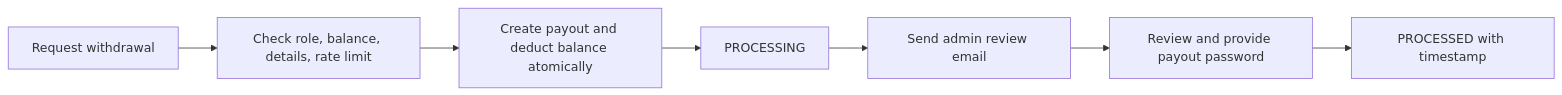
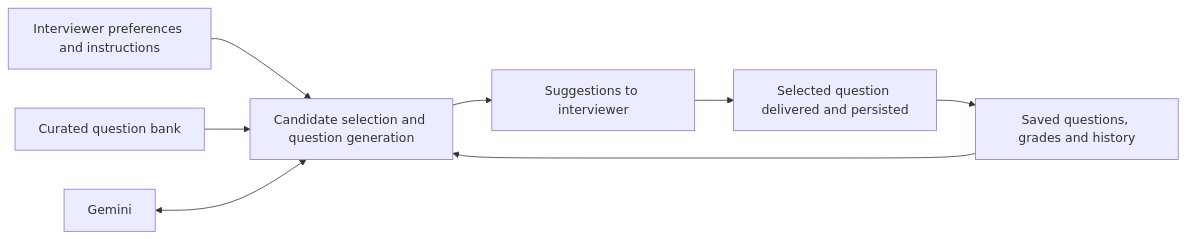
One commit to shaurya2425/AI_INTERVIEW_PLATFORM changed the second of 5 diagrams in README.md. Above: the diagram before and after it, drawn with Mermaid. The commit also changed other lines of this file, not shown here.

````diff
--- a/README.md
+++ b/README.md
@@ -268,9 +153,10 @@
 ```mermaid
 flowchart LR
-    Request[Request withdrawal] --> Validate[Check role, balance, details, rate limit]
-    Validate --> Transaction[Create payout and deduct balance atomically]
-    Transaction --> Pending[PROCESSING]
-    Pending --> Email[Send admin review email]
-    Email --> Review[Review and provide payout password]
-    Review --> Processed[PROCESSED with timestamp]
+    A[Interviewer preferences and instructions] --> D[Candidate selection and question generation]
+    B[Curated question bank] --> D
+    C[Saved questions, grades and history] --> D
+    G[Gemini] <--> D
+    D --> E[Suggestions to interviewer]
+    E --> F[Selected question delivered and persisted]
+    F --> C
 ```
````
